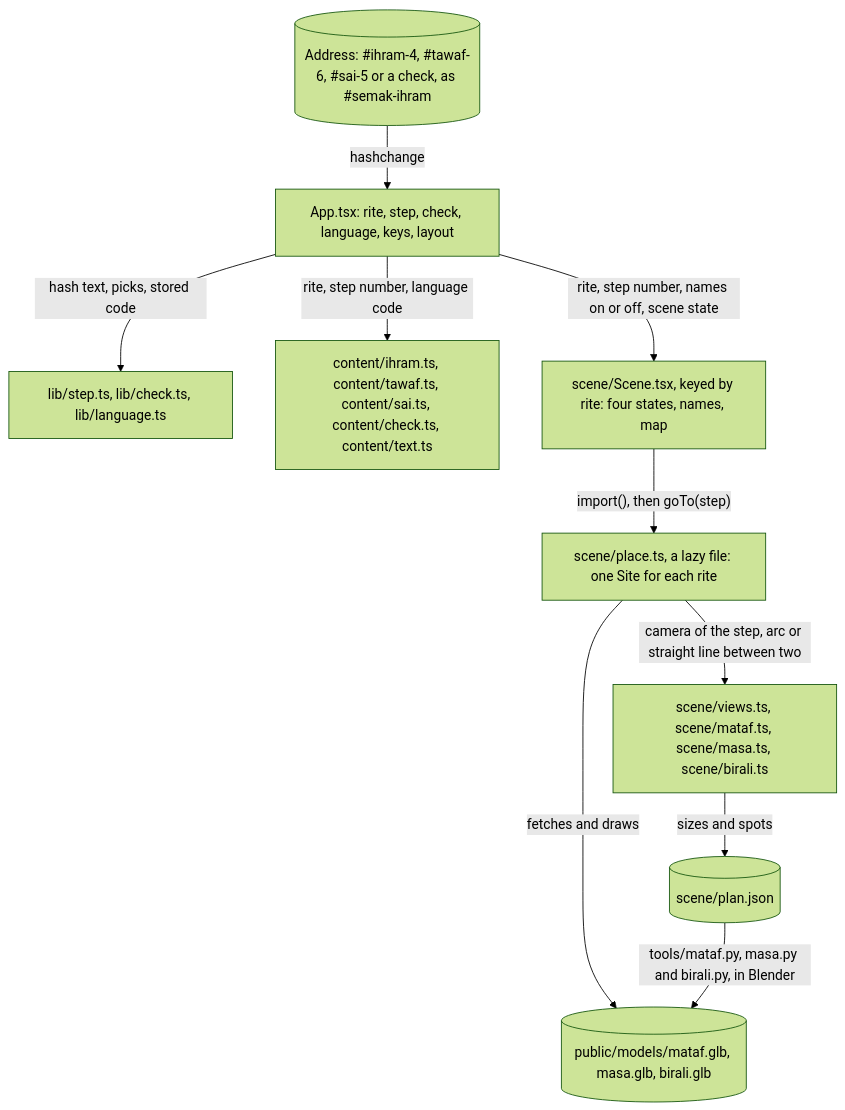
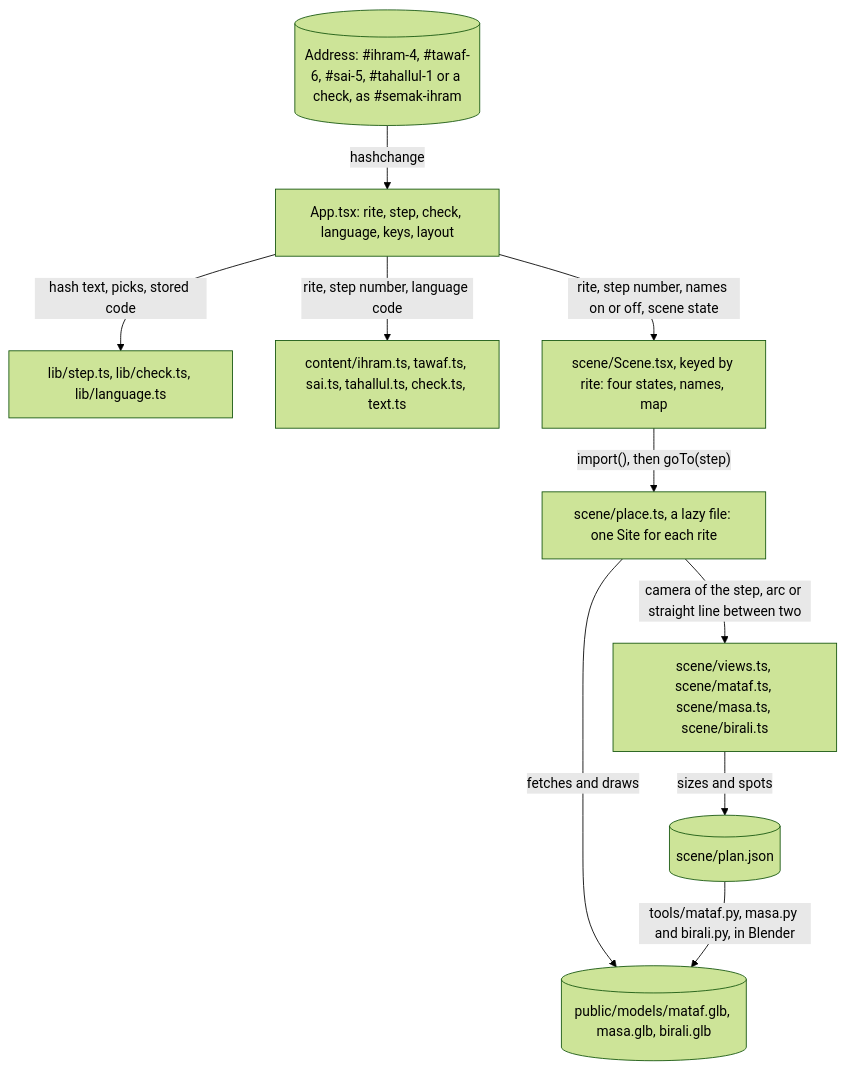
The second of 2 diagrams in docs/ARCHITECTURE.md (dzaffren/isfar), drawn with Mermaid (forest theme) before and after one commit. The commit also changed other lines of this file and 35 other files, not shown here.

First line of the commit message:
feat(umrah): walk one whole umrah, from ihram to tahallul (#10)

````diff
--- a/docs/ARCHITECTURE.md
+++ b/docs/ARCHITECTURE.md
@@ -16,21 +16,21 @@
 ```mermaid
 flowchart TB
-    HASH[("Address: #ihram-4, #tawaf-6, #sai-5 or a check, as #semak-ihram")]
+    HASH[("Address: #ihram-4, #tawaf-6, #sai-5, #tahallul-1 or a check, as #semak-ihram")]
     APP["App.tsx: rite, step, check, language, keys, layout"]
     LIB["lib/step.ts, lib/check.ts, lib/language.ts"]
-    TEXT["content/ihram.ts, content/tawaf.ts, content/sai.ts, content/check.ts, content/text.ts"]
+    TEXT["content/ihram.ts, tawaf.ts, sai.ts, tahallul.ts, check.ts, text.ts"]
     SCENE["scene/Scene.tsx, keyed by rite: four states, names, map"]
     PLACE["scene/place.ts, a lazy file: one Site for each rite"]
     VIEWS["scene/views.ts, scene/mataf.ts, scene/masa.ts, scene/birali.ts"]
     PLAN[("scene/plan.json")]
     GLB[("public/models/mataf.glb, masa.glb, birali.glb")]
     HASH -- "hashchange" --> APP
     APP -- "hash text, picks, stored code" --> LIB
     APP -- "rite, step number, language code" --> TEXT
     APP -- "rite, step number, names on or off, scene state" --> SCENE
     SCENE -- "import(), then goTo(step)" --> PLACE
     PLACE -- "camera of the step, arc or straight line between two" --> VIEWS
     VIEWS -- "sizes and spots" --> PLAN
     PLACE -- "fetches and draws" --> GLB
     PLAN -- "tools/mataf.py, masa.py and birali.py, in Blender" --> GLB
 ```
````
